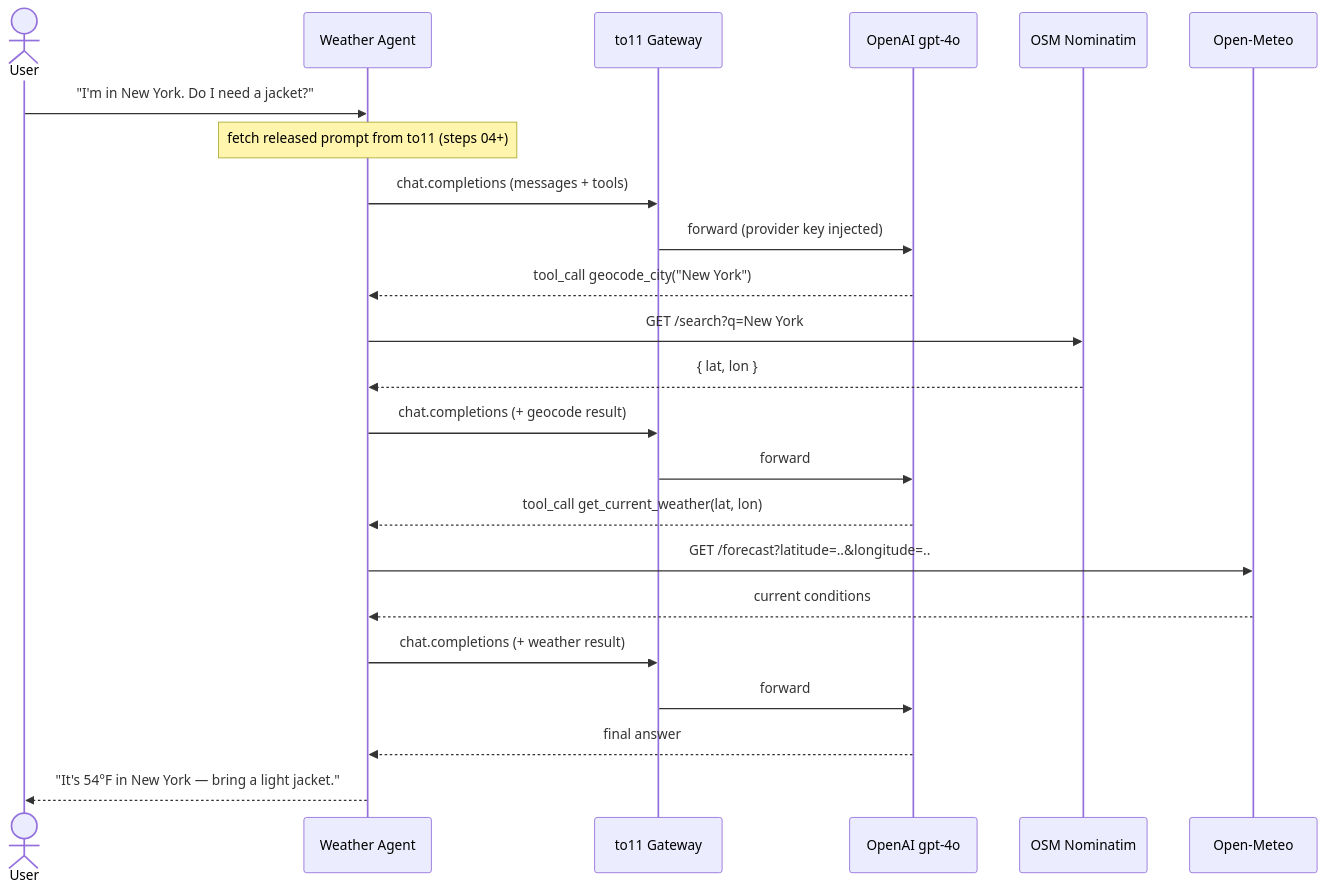
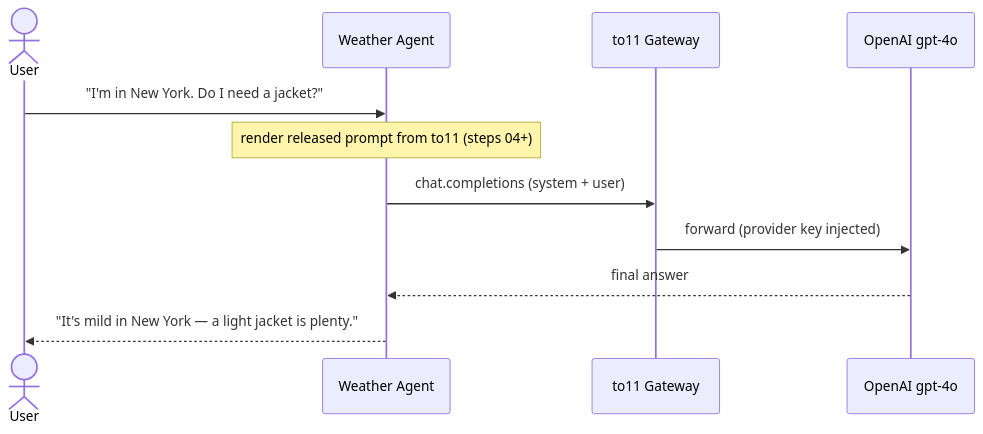
Before and after one commit to to11ai/example-weather-agent: the diagram in README.md, drawn with Mermaid. The commit also changed other lines of this file and 22 other files, not shown here.

````diff
--- a/README.md
+++ b/README.md
@@ -18,26 +18,14 @@
 ```mermaid
 sequenceDiagram
     actor User
     participant App as Weather Agent
     participant GW as to11 Gateway
     participant LLM as OpenAI gpt-4o
-    participant Nom as OSM Nominatim
-    participant OM as Open-Meteo
 
     User->>App: "I'm in New York. Do I need a jacket?"
-    Note over App: fetch released prompt from to11 (steps 04+)
-    App->>GW: chat.completions (messages + tools)
+    Note over App: render released prompt from to11 (steps 04+)
+    App->>GW: chat.completions (system + user)
     GW->>LLM: forward (provider key injected)
-    LLM-->>App: tool_call geocode_city("New York")
-    App->>Nom: GET /search?q=New York
-    Nom-->>App: { lat, lon }
-    App->>GW: chat.completions (+ geocode result)
-    GW->>LLM: forward
-    LLM-->>App: tool_call get_current_weather(lat, lon)
-    App->>OM: GET /forecast?latitude=..&longitude=..
-    OM-->>App: current conditions
-    App->>GW: chat.completions (+ weather result)
-    GW->>LLM: forward
     LLM-->>App: final answer
-    App-->>User: "It's 54°F in New York — bring a light jacket."
+    App-->>User: "It's mild in New York — a light jacket is plenty."
 ```
````
